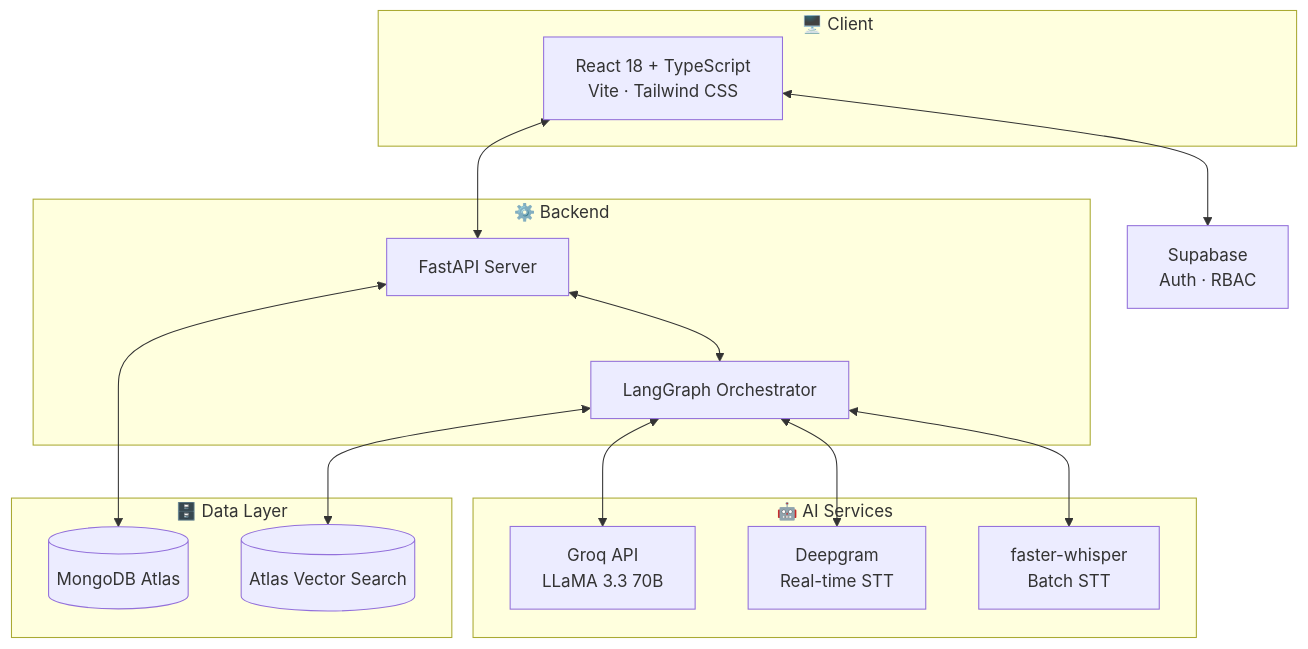
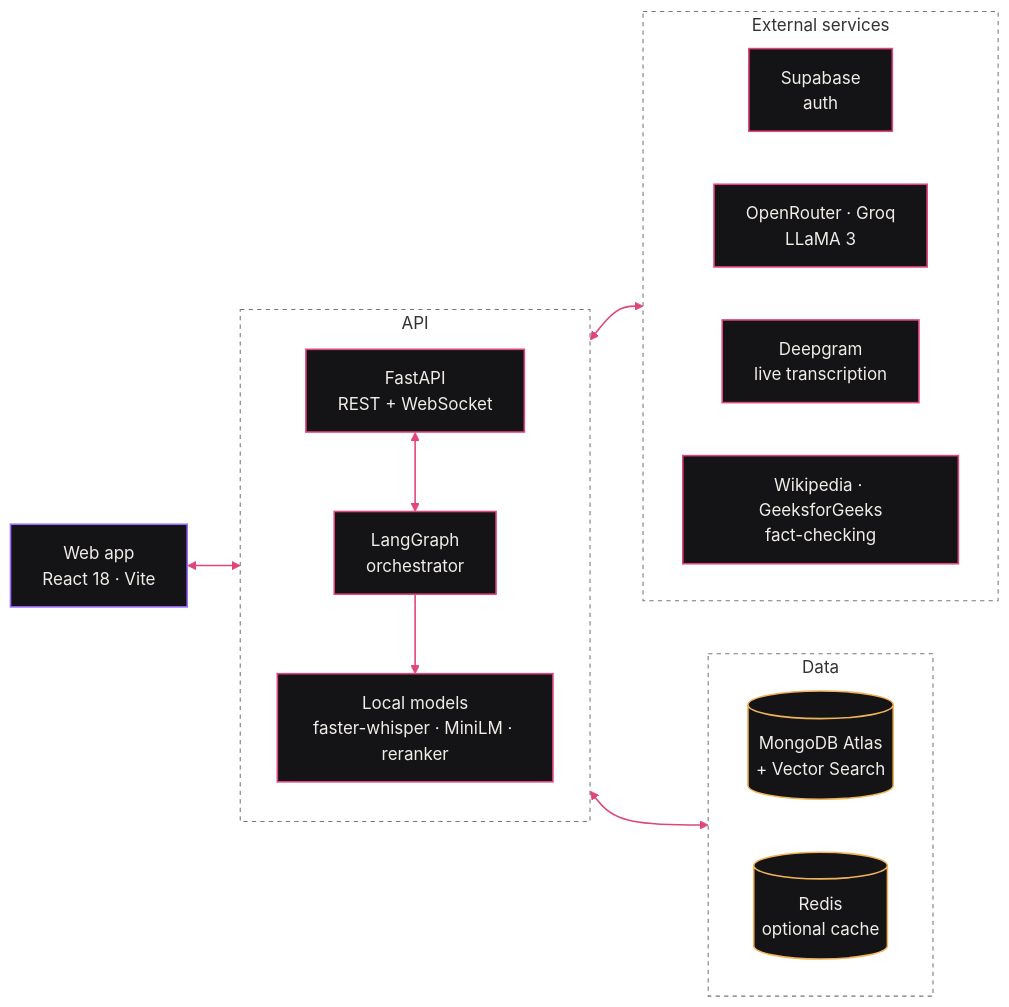
One commit to MohitNilvarn/Teachers-Assistance-Platform changed the diagram in README.md. Above: the diagram before and after it, drawn with Mermaid. The commit also changed other lines of this file and 66 other files, not shown here.

````diff
--- a/README.md
+++ b/README.md
@@ -108,33 +100,42 @@
 ```mermaid
-graph TB
-    subgraph Client["🖥️ Client"]
-        A["React 18 + TypeScript<br/>Vite · Tailwind CSS"]
+flowchart LR
+    web["Web app<br/>React 18 · Vite"]
+
+    subgraph server [API]
+        direction TB
+        api["FastAPI<br/>REST + WebSocket"]
+        orch["LangGraph<br/>orchestrator"]
+        local["Local models<br/>faster-whisper · MiniLM · reranker"]
+        api <--> orch
+        orch --> local
     end
 
-    subgraph Backend["⚙️ Backend"]
-        B["FastAPI Server"]
-        C["LangGraph Orchestrator"]
+    subgraph services [External services]
+        direction LR
+        auth["Supabase<br/>auth"]
+        llm["OpenRouter · Groq<br/>LLaMA 3"]
+        stt["Deepgram<br/>live transcription"]
+        kb["Wikipedia · GeeksforGeeks<br/>fact-checking"]
     end
 
-    subgraph AI["🤖 AI Services"]
-        D["Groq API<br/>LLaMA 3.3 70B"]
-        E["Deepgram<br/>Real-time STT"]
-        F["faster-whisper<br/>Batch STT"]
+    subgraph data [Data]
+        direction LR
+        mongo[("MongoDB Atlas<br/>+ Vector Search")]
+        cache[("Redis<br/>optional cache")]
     end
 
-    subgraph Data["🗄️ Data Layer"]
-        G[(MongoDB Atlas)]
-        H[(Atlas Vector Search)]
-    end
+    web <--> server
+    server <--> services
+    server <--> data
 
-    I["Supabase<br/>Auth · RBAC"]
-
-    A <--> B
-    A <--> I
-    B <--> C
-    B <--> G
-    C <--> D
-    C <--> E
-    C <--> F
-    C <--> H
+    classDef ui fill:#141416,stroke:#9b6dff,stroke-width:1.5px,color:#f0ede8
+    classDef svc fill:#141416,stroke:#e0457b,stroke-width:1.5px,color:#f0ede8
+    classDef store fill:#141416,stroke:#f0b35a,stroke-width:1.5px,color:#f0ede8
+    class web ui
+    class api,orch,local,auth,llm,stt,kb svc
+    class mongo,cache store
+    style server fill:transparent,stroke:#7a7770,stroke-dasharray:4 4
+    style services fill:transparent,stroke:#7a7770,stroke-dasharray:4 4
+    style data fill:transparent,stroke:#7a7770,stroke-dasharray:4 4
+    linkStyle default stroke:#e0457b,stroke-width:1.5px
 ```
````
